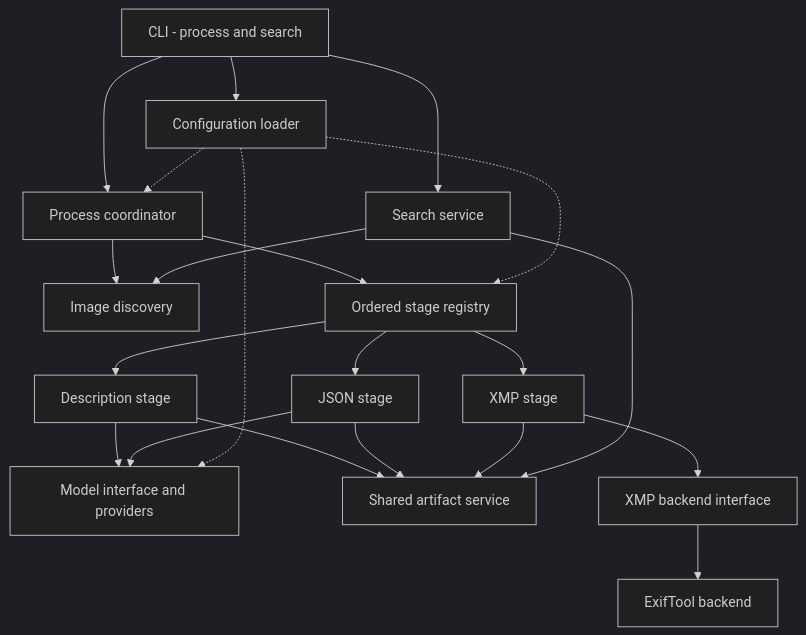
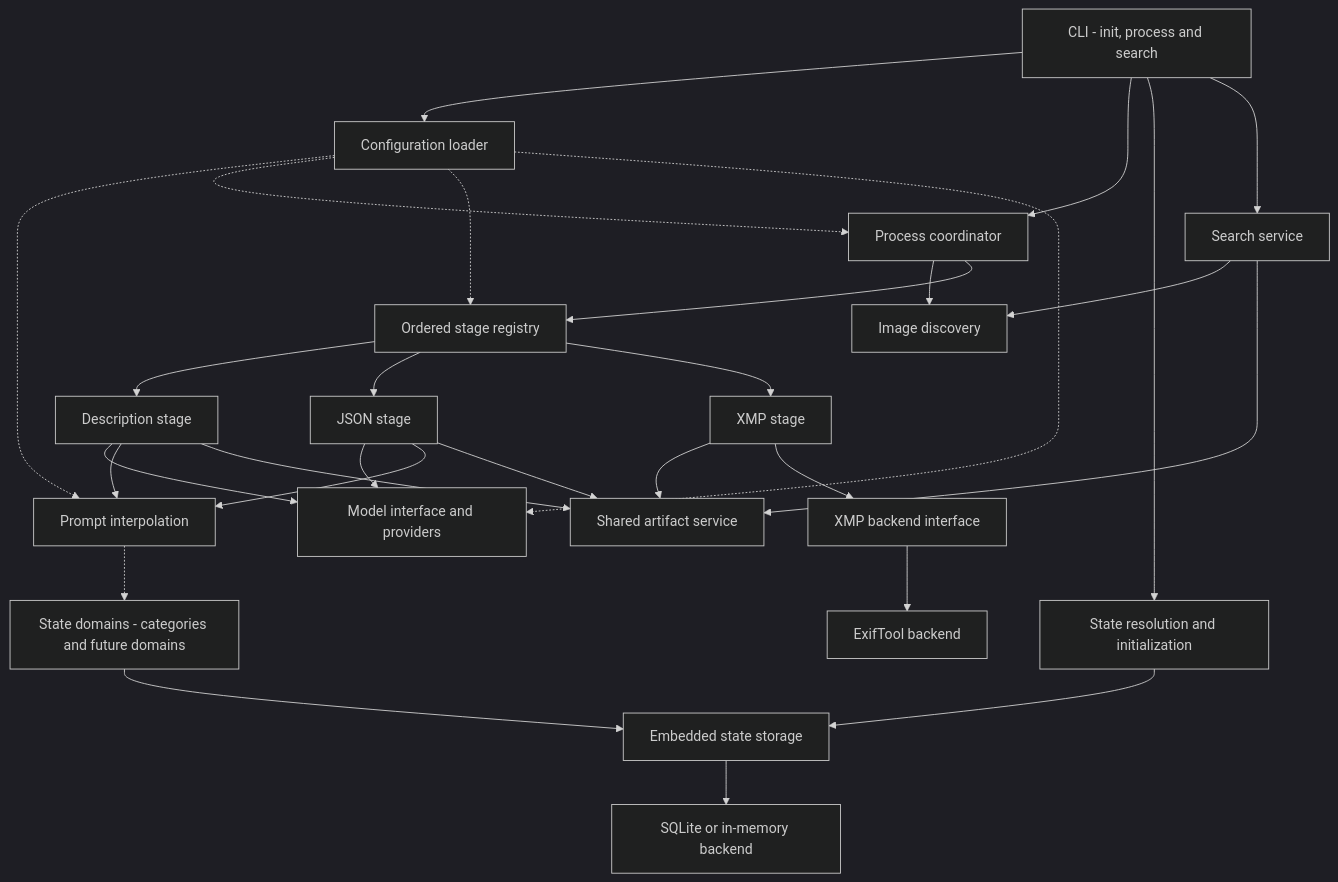
Before and after one commit to ServiceCraze/image-clarus: the first of 2 diagrams in docs/HLD-image-clarus.md, drawn with Mermaid (dark theme). The commit also changed other lines of this file, not shown here.

````diff
--- a/docs/HLD-image-clarus.md
+++ b/docs/HLD-image-clarus.md
@@ -33,23 +33,31 @@
 ```mermaid
 flowchart TB
-  CLI["CLI - process and search"] --> CFG["Configuration loader"]
+  CLI["CLI - init, process and search"] --> CFG["Configuration loader"]
   CLI --> COORD["Process coordinator"]
+  CLI --> RESOLVE["State resolution and initialization"]
+  RESOLVE --> STORE["Embedded state storage"]
+  STORE --> SQLITE["SQLite or in-memory backend"]
+  DOMAINS["State domains - categories and future domains"] --> STORE
   CLI --> SEARCH["Search service"]
   COORD --> DISC["Image discovery"]
   COORD --> REG["Ordered stage registry"]
   REG --> DESC["Description stage"]
   REG --> JSON["JSON stage"]
   REG --> XMP["XMP stage"]
   DESC --> MODELS["Model interface and providers"]
   JSON --> MODELS
+  DESC --> PROMPT["Prompt interpolation"]
+  JSON --> PROMPT
+  CFG -.-> PROMPT
+  PROMPT -.-> DOMAINS
   DESC --> ART["Shared artifact service"]
   JSON --> ART
   XMP --> ART
   XMP --> XBACK["XMP backend interface"]
   XBACK --> EXIF["ExifTool backend"]
   SEARCH --> DISC
   SEARCH --> ART
   CFG -.-> COORD
   CFG -.-> REG
   CFG -.-> MODELS
 ```
````
